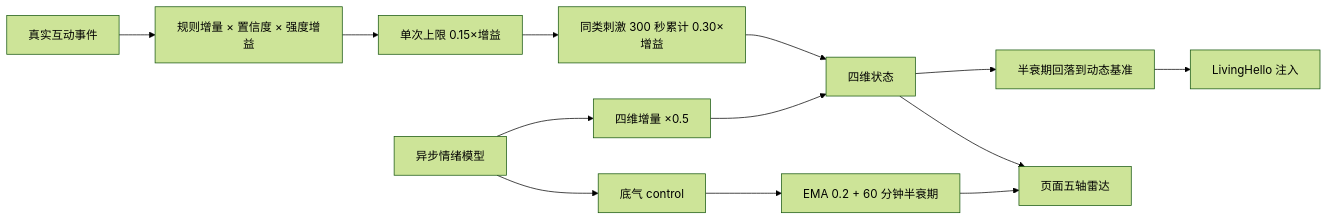
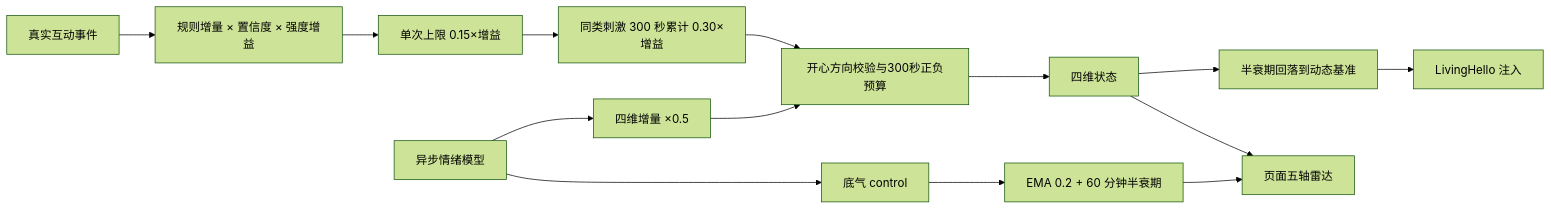
One commit to AKIhunter/astrbot_plugin_livingemotion changed the second of 2 diagrams in README.md. Above: the diagram before and after it, drawn with Mermaid (forest theme). The commit also changed other lines of this file and 68 other files, not shown here.

````diff
--- a/README.md
+++ b/README.md
@@ -163,15 +167,16 @@
 ```mermaid
 flowchart LR
     A[真实互动事件] --> B[规则增量 × 置信度 × 强度增益]
     B --> C[单次上限 0.15×增益]
     C --> D[同类刺激 300 秒累计 0.30×增益]
-    D --> E[四维状态]
+    D --> W[开心方向校验与300秒正负预算]
+    W --> E[四维状态]
     E --> F[半衰期回落到动态基准]
     F --> G[LivingHello 注入]
     E --> H[页面五轴雷达]
     I[异步情绪模型] --> J[四维增量 ×0.5]
-    J --> E
+    J --> W
     I --> K[底气 control]
     K --> L[EMA 0.2 + 60 分钟半衰期]
     L --> H
 ```
````
